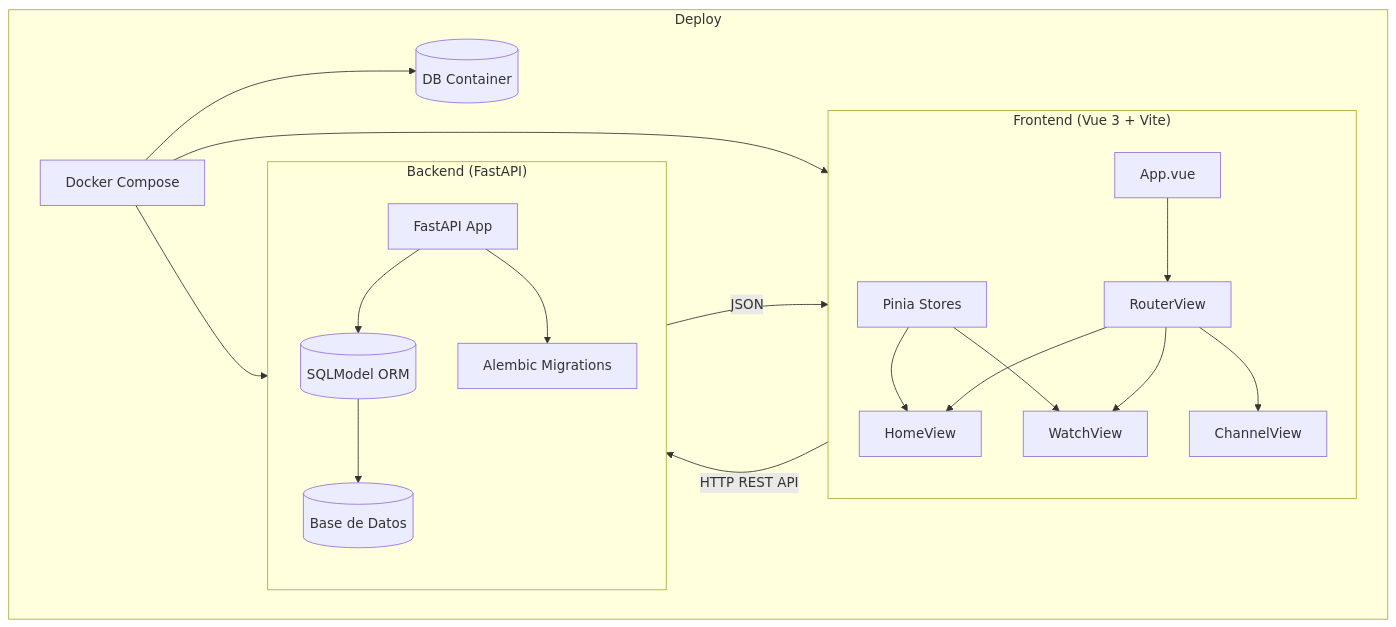
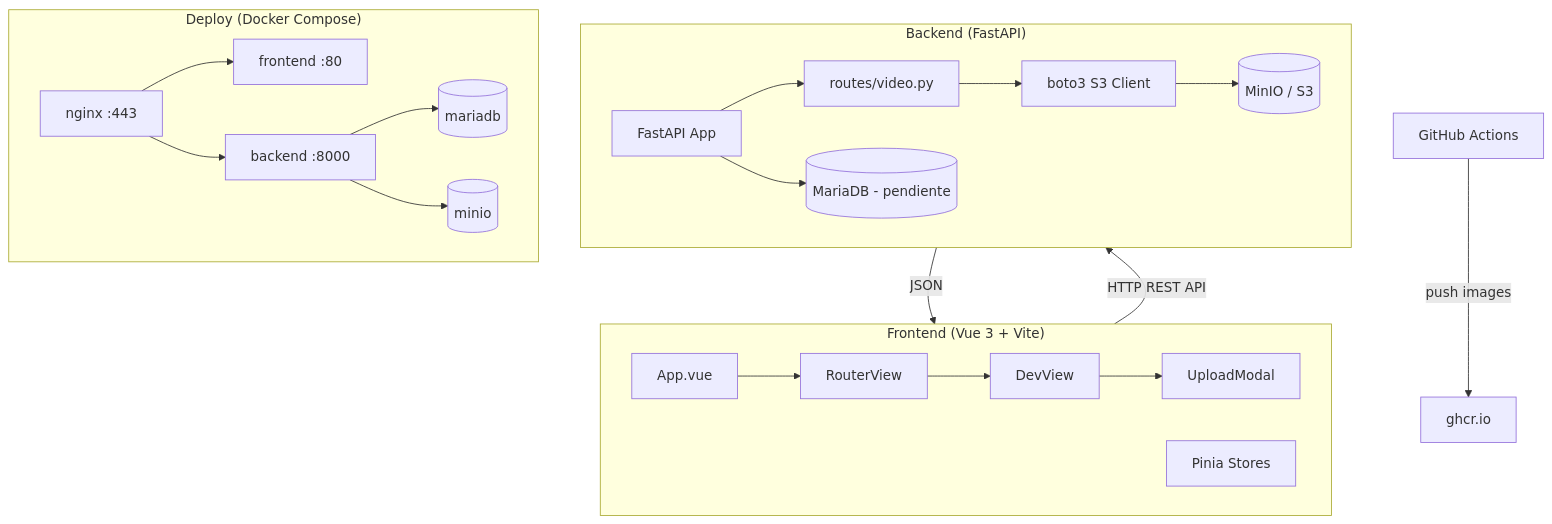
The diagram in AGENTS.md (dsaub/clonetube), drawn with Mermaid before and after one commit. The commit also changed other lines of this file and 2 other files, not shown here.

````diff
--- a/AGENTS.md
+++ b/AGENTS.md
@@ -222,28 +312,28 @@
 ```mermaid
 graph TD
     subgraph Frontend["Frontend (Vue 3 + Vite)"]
         A[App.vue] --> B[RouterView]
-        B --> C[HomeView]
-        B --> D[WatchView]
-        B --> E[ChannelView]
-        F[Pinia Stores] --> C
-        F --> D
+        B --> C[DevView]
+        C --> D[UploadModal]
+        F[Pinia Stores]
     end
 
     subgraph Backend["Backend (FastAPI)"]
         G[FastAPI App]
-        G --> H[(SQLModel ORM)]
-        H --> I[(Base de Datos)]
-        G --> J[Alembic Migrations]
+        G --> H[routes/video.py]
+        H --> I[boto3 S3 Client]
+        I --> J[(MinIO / S3)]
+        G --> K[(MariaDB - pendiente)]
+    end
+
+    subgraph Deploy["Deploy (Docker Compose)"]
+        L[nginx :443] --> M[frontend :80]
+        L --> N[backend :8000]
+        N --> O[(mariadb)]
+        N --> P[(minio)]
     end
 
     Frontend -->|HTTP REST API| Backend
     Backend -->|JSON| Frontend
-
-    subgraph Deploy["Deploy"]
-        K[Docker Compose]
-        K --> Frontend
-        K --> Backend
-        K --> L[(DB Container)]
-    end
+    CI[GitHub Actions] -->|push images| R[ghcr.io]
 ```
````
